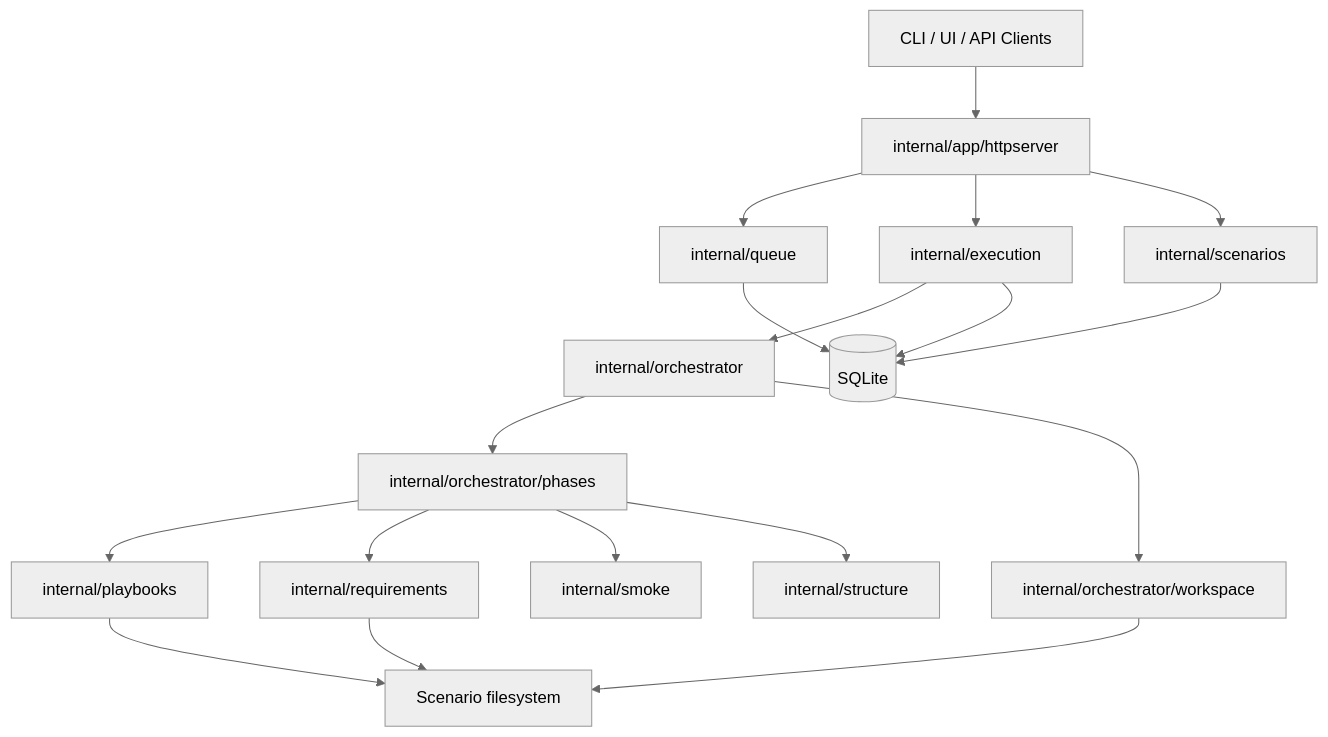
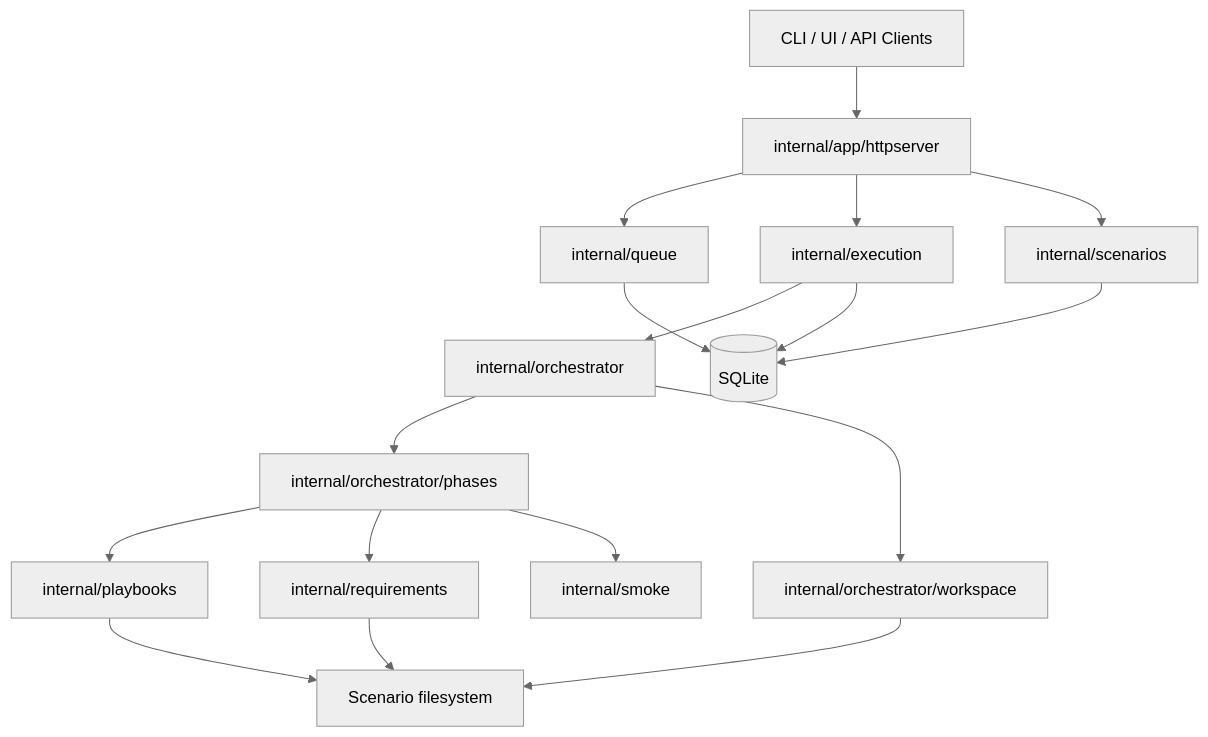
One commit to Vrooli/Vrooli changed the diagram in scenarios/test-genie/docs/concepts/architecture.md. Above: the diagram before and after it, drawn with Mermaid (neutral theme). The commit also changed 90 other files, not shown here.

````diff
--- a/scenarios/test-genie/docs/concepts/architecture.md
+++ b/scenarios/test-genie/docs/concepts/architecture.md
@@ -7,22 +7,21 @@
 ```mermaid
 flowchart TB
     cli["CLI / UI / API Clients"] --> http["internal/app/httpserver"]
     http --> queue["internal/queue"]
     http --> execution["internal/execution"]
     http --> scenarios["internal/scenarios"]
 
     execution --> orchestrator["internal/orchestrator"]
     orchestrator --> phases["internal/orchestrator/phases"]
     orchestrator --> workspace["internal/orchestrator/workspace"]
     phases --> playbooks["internal/playbooks"]
     phases --> requirements["internal/requirements"]
     phases --> smoke["internal/smoke"]
-    phases --> structure["internal/structure"]
 
     queue --> sqlite[(SQLite)]
     execution --> sqlite
     scenarios --> sqlite
     playbooks --> fs["Scenario filesystem"]
     workspace --> fs
     requirements --> fs
 ```
````
